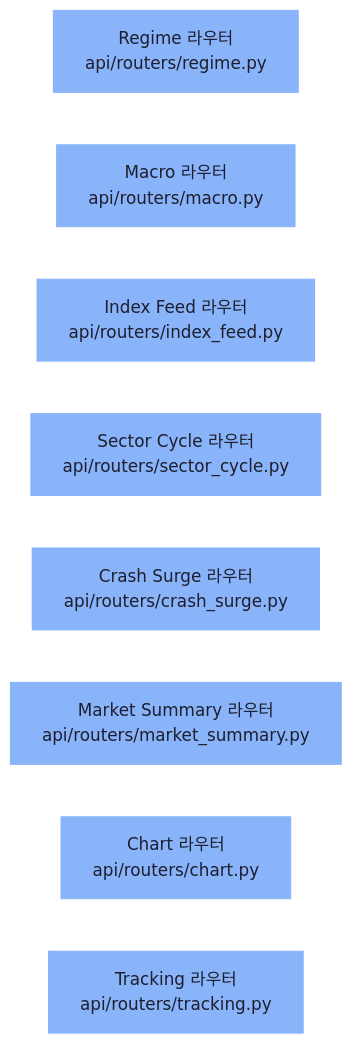
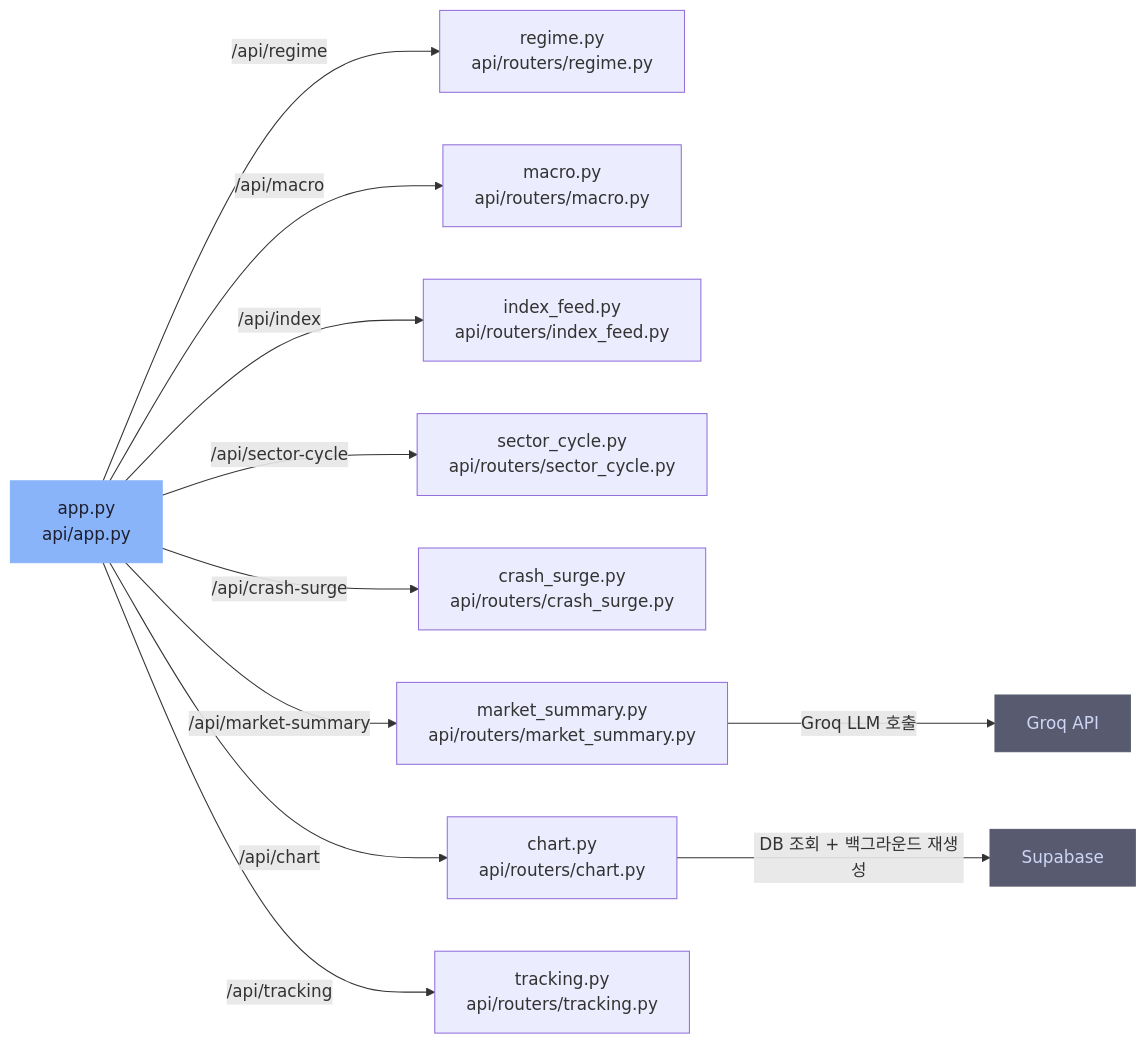
The diagram in .omm/overall-architecture/api-layer/diagram.mmd (wonderfulawsome/Asset-Analysis-Platform), drawn with Mermaid before and after one commit. The commit also changed 121 other files, not shown here.

```diff
--- a/.omm/overall-architecture/api-layer/diagram.mmd
+++ b/.omm/overall-architecture/api-layer/diagram.mmd
@@ -1,12 +1,26 @@
 graph LR
-    regime-router["Regime 라우터\napi/routers/regime.py"]
-    macro-router["Macro 라우터\napi/routers/macro.py"]
-    index-feed-router["Index Feed 라우터\napi/routers/index_feed.py"]
-    sector-cycle-router["Sector Cycle 라우터\napi/routers/sector_cycle.py"]
-    crash-surge-router["Crash Surge 라우터\napi/routers/crash_surge.py"]
-    market-summary-router["Market Summary 라우터\napi/routers/market_summary.py"]
-    chart-router["Chart 라우터\napi/routers/chart.py"]
-    tracking-router["Tracking 라우터\napi/routers/tracking.py"]
+    app["app.py\napi/app.py"]
+    regime-router["regime.py\napi/routers/regime.py"]
+    macro-router["macro.py\napi/routers/macro.py"]
+    index-router["index_feed.py\napi/routers/index_feed.py"]
+    sector-router["sector_cycle.py\napi/routers/sector_cycle.py"]
+    crash-router["crash_surge.py\napi/routers/crash_surge.py"]
+    summary-router["market_summary.py\napi/routers/market_summary.py"]
+    chart-router["chart.py\napi/routers/chart.py"]
+    tracking-router["tracking.py\napi/routers/tracking.py"]
 
+    app -->|"/api/regime"| regime-router
+    app -->|"/api/macro"| macro-router
+    app -->|"/api/index"| index-router
+    app -->|"/api/sector-cycle"| sector-router
+    app -->|"/api/crash-surge"| crash-router
+    app -->|"/api/market-summary"| summary-router
+    app -->|"/api/chart"| chart-router
+    app -->|"/api/tracking"| tracking-router
+    summary-router -->|"Groq LLM 호출"| groq["Groq API"]
+    chart-router -->|"DB 조회 + 백그라운드 재생성"| db["Supabase"]
+
+    classDef external fill:#585b70,stroke:#585b70,color:#cdd6f4
     classDef entry fill:#89b4fa,stroke:#89b4fa,color:#1e1e2e
-    class regime-router,macro-router,index-feed-router,sector-cycle-router,crash-surge-router,market-summary-router,chart-router,tracking-router entry
+    class app entry
+    class groq,db external
```
